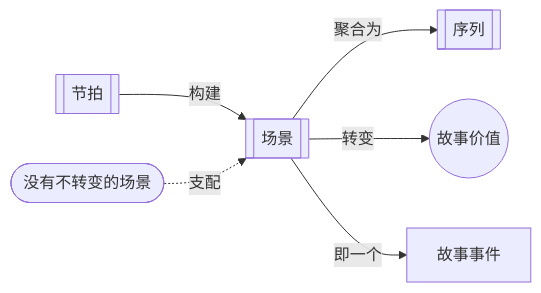
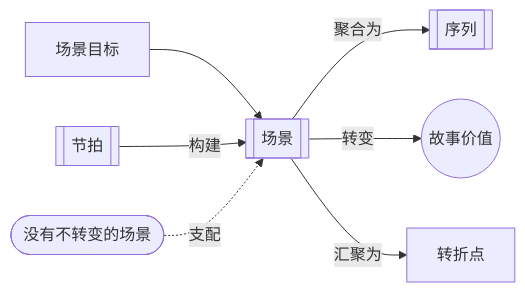
The diagram in wiki/zh/structures/scene.md (Quentinbest/LLM-Wiki-Story), drawn with Mermaid before and after one commit. The commit also changed other lines of this file and 37 other files, not shown here.

````diff
--- a/wiki/zh/structures/scene.md
+++ b/wiki/zh/structures/scene.md
@@ -33,14 +37,16 @@
 ```mermaid
 flowchart LR
   self[[场景]]
   beat[[节拍]]
   sequence[[序列]]
   values((故事价值))
-  event[故事事件]
+  tp[转折点]
+  so[场景目标]
   principle([没有不转变的场景])
+  so --> self
   beat -->|构建| self
   self -->|聚合为| sequence
   self -->|转变| values
-  self -->|即一个| event
+  self -->|汇聚为| tp
   principle -.支配.-> self
 ```
````
